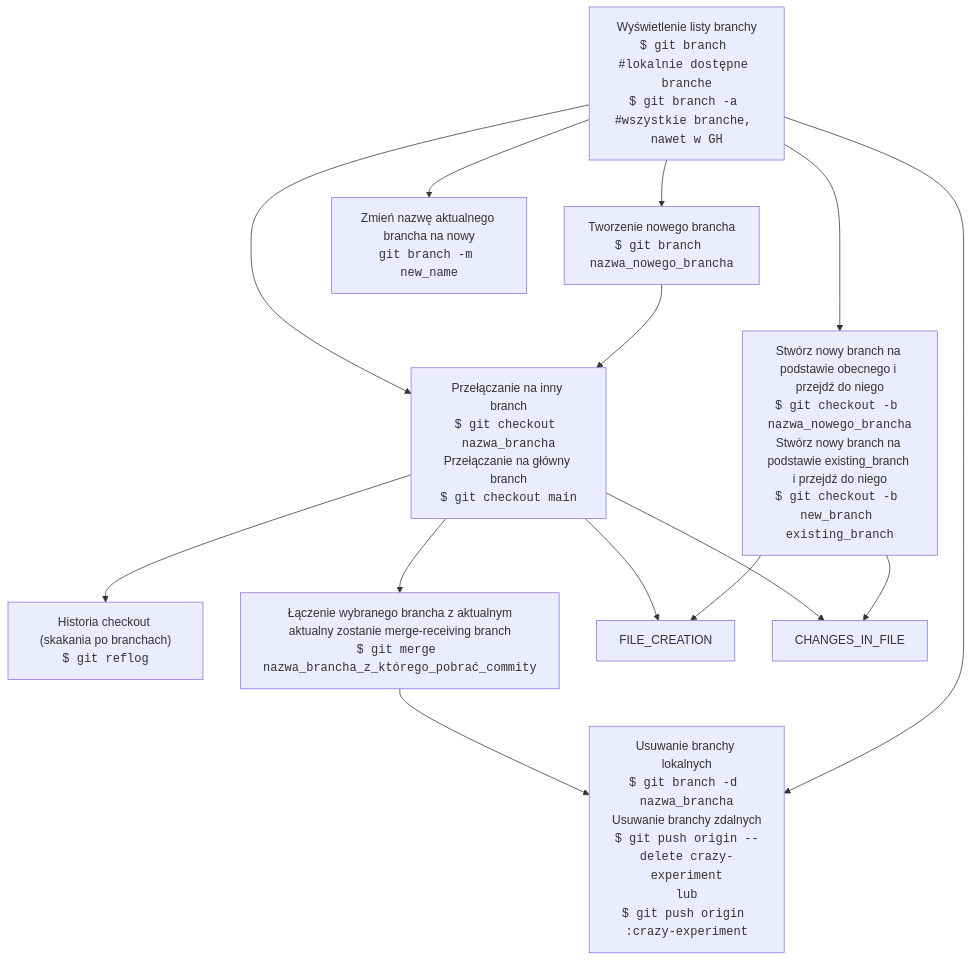
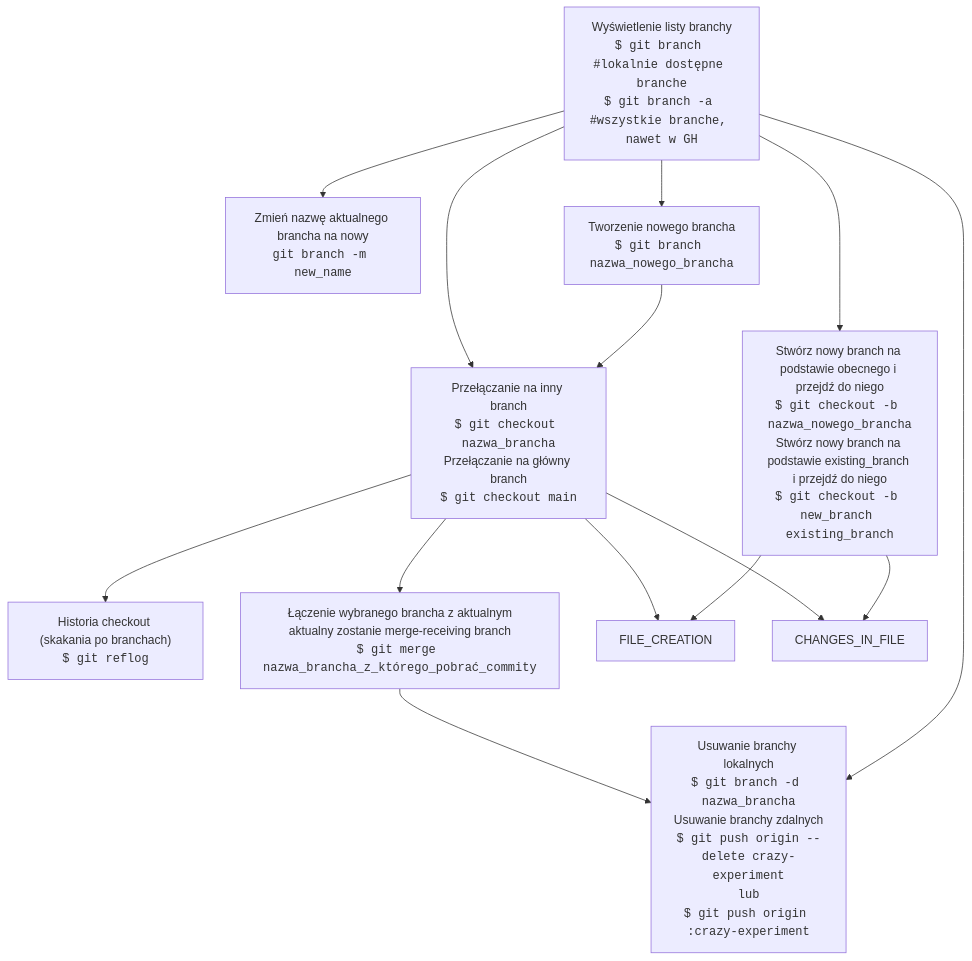
Before and after one commit to dankuc237/notatki: the third of 3 diagrams in git-graph.md, drawn with Mermaid. The commit also changed other lines of this file, not shown here.

````diff
--- a/git-graph.md
+++ b/git-graph.md
@@ -52,25 +52,25 @@
 ```mermaid
 graph TB
+        LIST_ALL_BRANCHES["Wyświetlenie listy branchy<br><code>$ git branch #lokalnie dostępne branche<br>$ git branch -a #wszystkie branche, nawet w GH</code>"]
         DELETE_BRANCH["Usuwanie branchy lokalnych<br><code>$ git branch -d nazwa_brancha</code><br>Usuwanie branchy zdalnych<br><code>$ git push origin --delete crazy-experiment<br>lub<br>$ git push origin :crazy-experiment</code>"]
+        RENAME_BRANCH["Zmień nazwę aktualnego brancha na nowy<br><code>git branch -m new_name</code>"]
         CREATE_NEW_BRANCH["Tworzenie nowego brancha<br><code>$ git branch nazwa_nowego_brancha</code>"]
-        LIST_ALL_BRANCHES["Wyświetlenie listy branchy<br><code>$ git branch #lokalnie dostępne branche<br>$ git branch -a #wszystkie branche, nawet w GH</code>"]
+        CREATE_BRANCH_AND_SWITCH["Stwórz nowy branch na podstawie obecnego i przejdź do niego<br><code>$ git checkout -b nazwa_nowego_brancha</code><br>Stwórz nowy branch na podstawie existing_branch i przejdź do niego<br><code>$ git checkout -b new_branch existing_branch</code>"]
         SWITCH_BRANCH["Przełączanie na inny branch<br><code>$ git checkout nazwa_brancha</code><br>Przełączanie na główny branch<br><code>$ git checkout main</code>"]
-        CREATE_BRANCH_AND_SWITCH["Stwórz nowy branch na podstawie obecnego i przejdź do niego<br><code>$ git checkout -b nazwa_nowego_brancha</code><br>Stwórz nowy branch na podstawie existing_branch i przejdź do niego<br><code>$ git checkout -b new_branch existing_branch</code>"]
         PRINT_CHECKOUT_OPERATION_HISTORY["Historia checkout (skakania po branchach)<br><code>$ git reflog</code>"]
-        RENAME_BRANCH["Zmień nazwę aktualnego brancha na nowy<br><code>git branch -m new_name</code>"]
         MERGE_BRANCHES["Łączenie wybranego brancha z aktualnym<br>aktualny zostanie merge-receiving branch<br><code>$ git merge nazwa_brancha_z_którego_pobrać_commity</code>"]
         
         LIST_ALL_BRANCHES --> DELETE_BRANCH
         LIST_ALL_BRANCHES --> CREATE_NEW_BRANCH
         CREATE_NEW_BRANCH --> SWITCH_BRANCH
         SWITCH_BRANCH --> PRINT_CHECKOUT_OPERATION_HISTORY
         LIST_ALL_BRANCHES --> SWITCH_BRANCH
         SWITCH_BRANCH --> MERGE_BRANCHES
         MERGE_BRANCHES --> DELETE_BRANCH
         LIST_ALL_BRANCHES --> CREATE_BRANCH_AND_SWITCH
         LIST_ALL_BRANCHES --> RENAME_BRANCH
         CREATE_BRANCH_AND_SWITCH --> FILE_CREATION
         CREATE_BRANCH_AND_SWITCH --> CHANGES_IN_FILE
         SWITCH_BRANCH --> CHANGES_IN_FILE
         SWITCH_BRANCH --> FILE_CREATION
 ```
````
